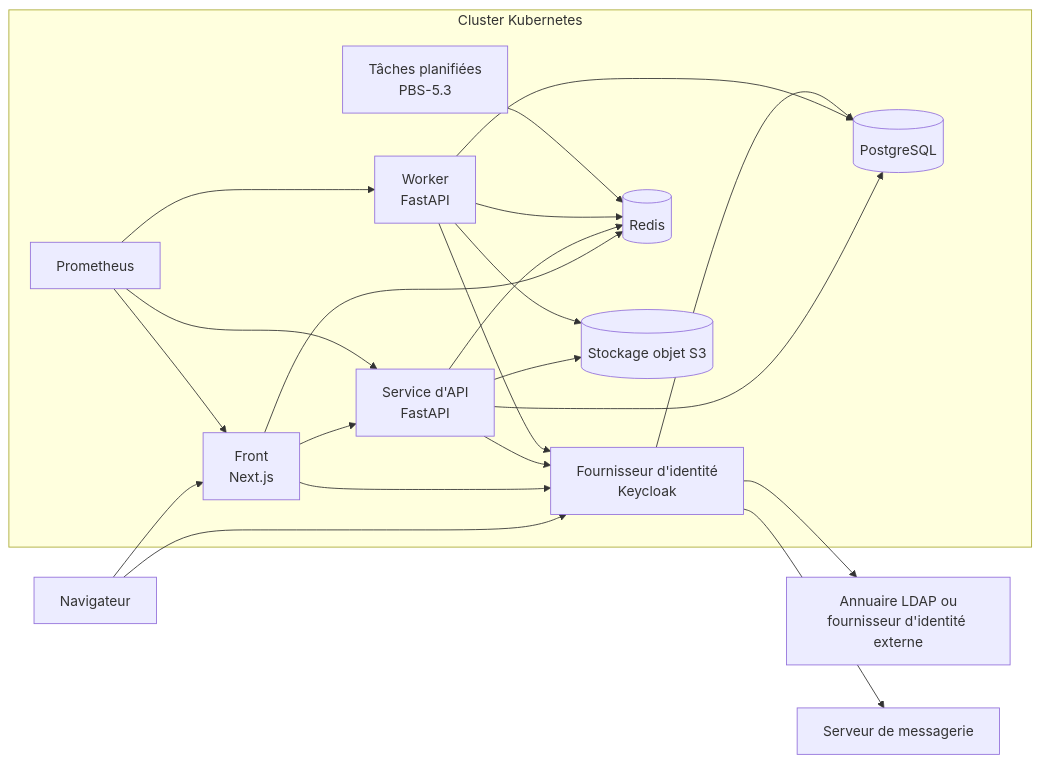
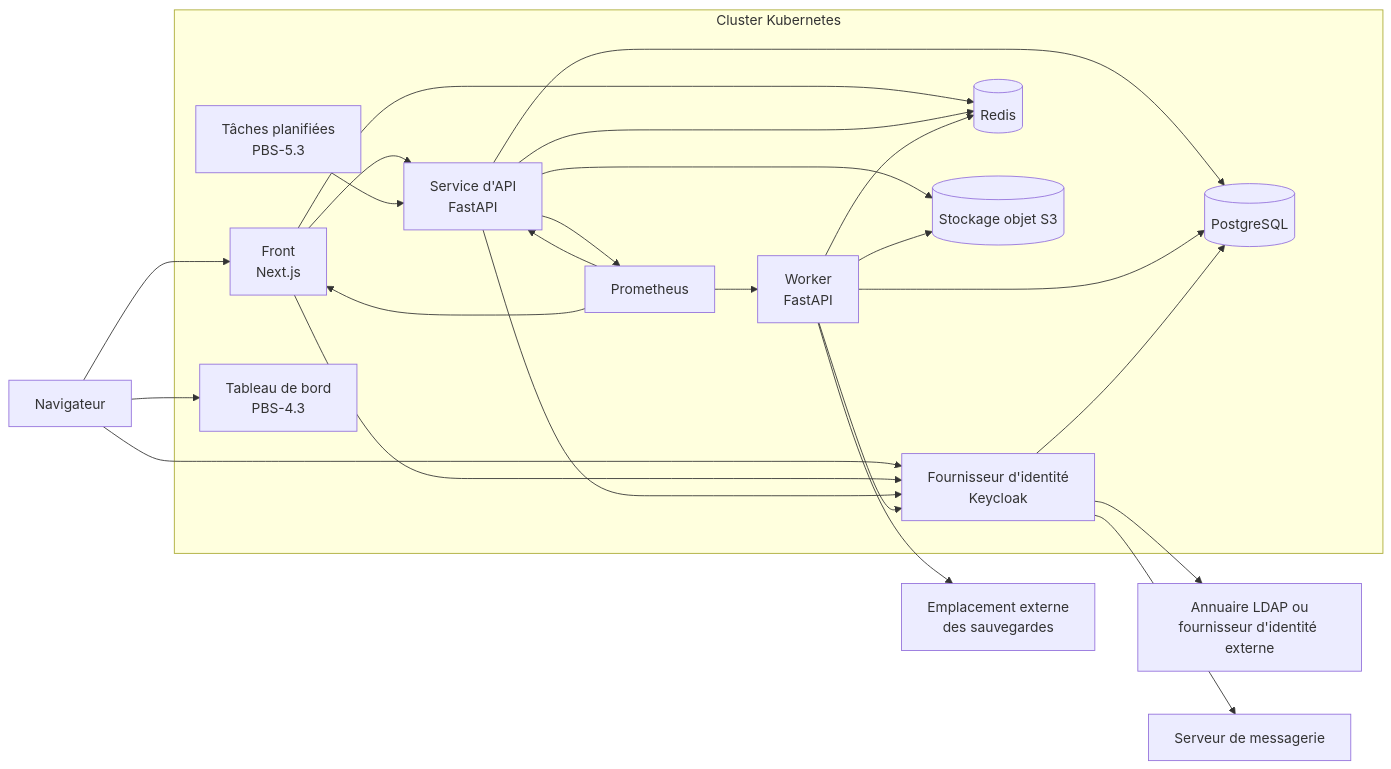
Before and after one commit to waterfall-project/wf-project: the diagram in docs/spec/figures/deploiement.mmd, drawn with Mermaid. The commit also changed 7 other files, not shown here.

```diff
--- a/docs/spec/figures/deploiement.mmd
+++ b/docs/spec/figures/deploiement.mmd
@@ -1,35 +1,40 @@
 flowchart LR
     Navigateur["Navigateur"]
     subgraph Cluster["Cluster Kubernetes"]
         Front["Front<br>Next.js"]
         API["Service d'API<br>FastAPI"]
         Worker["Worker<br>FastAPI"]
         IdP["Fournisseur d'identité<br>Keycloak"]
         PG[("PostgreSQL")]
         Redis[("Redis")]
         S3[("Stockage objet S3")]
         Prometheus["Prometheus"]
         Planif["Tâches planifiées<br>PBS-5.3"]
+        Dashboard["Tableau de bord<br>PBS-4.3"]
     end
     Annuaire["Annuaire LDAP ou<br>fournisseur d'identité externe"]
     SMTP["Serveur de messagerie"]
+    Externe["Emplacement externe<br>des sauvegardes"]
     Navigateur --> Front
     Navigateur --> IdP
     Front --> API
     Front --> IdP
     Front --> Redis
     API --> IdP
     API --> PG
     API --> Redis
     API --> S3
     Worker --> PG
     Worker --> Redis
     Worker --> IdP
     Worker --> S3
     IdP --> PG
     IdP --> Annuaire
     IdP --> SMTP
-    Planif --> Redis
+    Planif --> API
+    API --> Prometheus
+    Navigateur --> Dashboard
+    Worker --> Externe
     Prometheus --> API
     Prometheus --> Worker
     Prometheus --> Front
```
